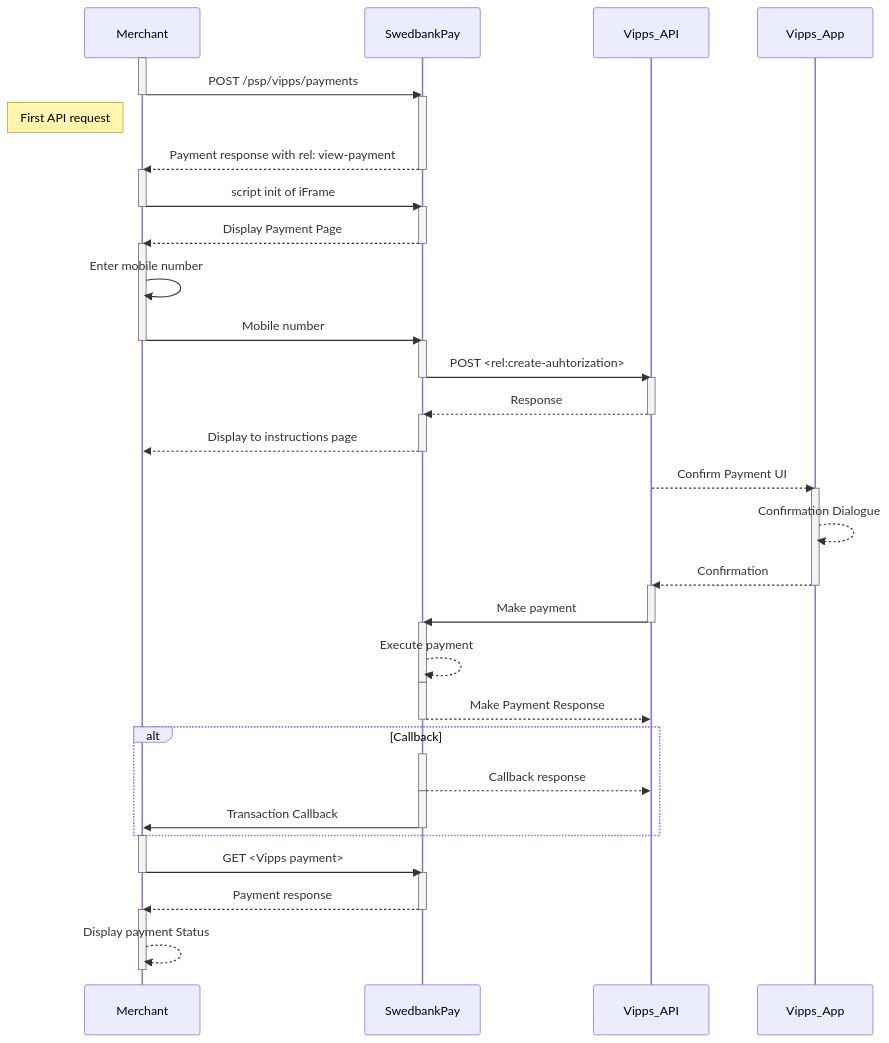
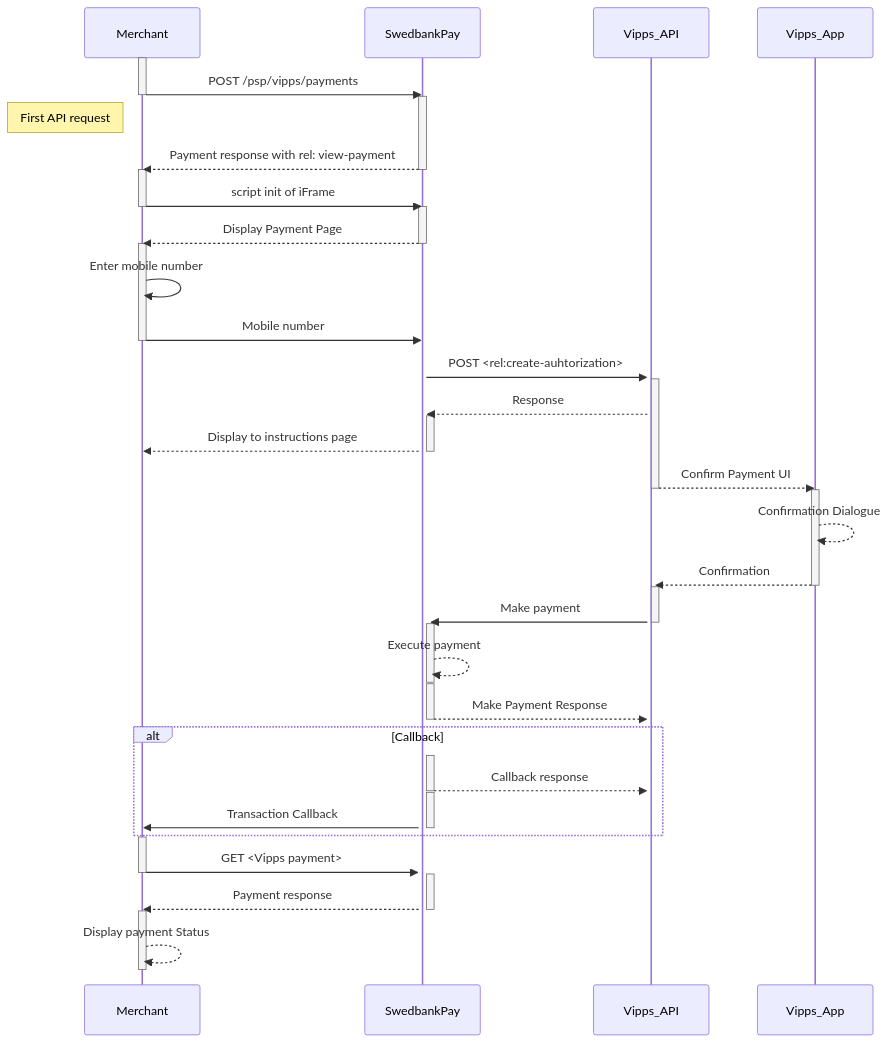
Before and after one commit to SwedbankPay/developer.swedbankpay.com: the diagram in payments/vipps/seamless-view.md, drawn with Mermaid.

Commit message:
dx-906 fixes after feedback vipps seamless

````diff
--- a/payments/vipps/seamless-view.md
+++ b/payments/vipps/seamless-view.md
@@ -326,48 +326,48 @@
 ```mermaid
 sequenceDiagram
     activate Merchant
     Merchant->>-SwedbankPay: POST /psp/vipps/payments
     activate SwedbankPay
     note left of Merchant: First API request
     SwedbankPay-->>-Merchant: Payment response with rel: view-payment
     activate Merchant
     Merchant->>-SwedbankPay: script init of iFrame
     activate SwedbankPay
     SwedbankPay-->>-Merchant: Display Payment Page
     activate Merchant
     Merchant->>Merchant: Enter mobile number
     Merchant ->>- SwedbankPay: Mobile number
 
     activate SwedbankPay
-    SwedbankPay->>-Vipps_API: POST <rel:create-auhtorization>
+    SwedbankPay->>+Vipps_API: POST <rel:create-auhtorization>
     activate Vipps_API
-    Vipps_API-->>-SwedbankPay: Response
+    Vipps_API-->>+SwedbankPay: Response
     activate SwedbankPay
     SwedbankPay-->>-Merchant: Display to instructions page
 
-    Vipps_API-->>Vipps_App: Confirm Payment UI
+    Vipps_API-->>-Vipps_App: Confirm Payment UI
     activate Vipps_App
     Vipps_App-->>Vipps_App: Confirmation Dialogue
     Vipps_App-->>-Vipps_API: Confirmation
 
     activate Vipps_API
     Vipps_API->>-SwedbankPay: Make payment
     activate SwedbankPay
     SwedbankPay-->>-SwedbankPay: Execute payment
     activate SwedbankPay
     SwedbankPay-->>-Vipps_API: Make Payment Response
 
         alt Callback
         activate SwedbankPay
         SwedbankPay-->>-Vipps_API: Callback response
         activate SwedbankPay
         SwedbankPay->>-Merchant: Transaction Callback
         end
 
     activate Merchant
     Merchant->>- SwedbankPay: GET <Vipps payment>
     activate  SwedbankPay
     SwedbankPay-->>-Merchant: Payment response
     activate Merchant
     Merchant-->>-Merchant: Display payment Status
 ```
````
